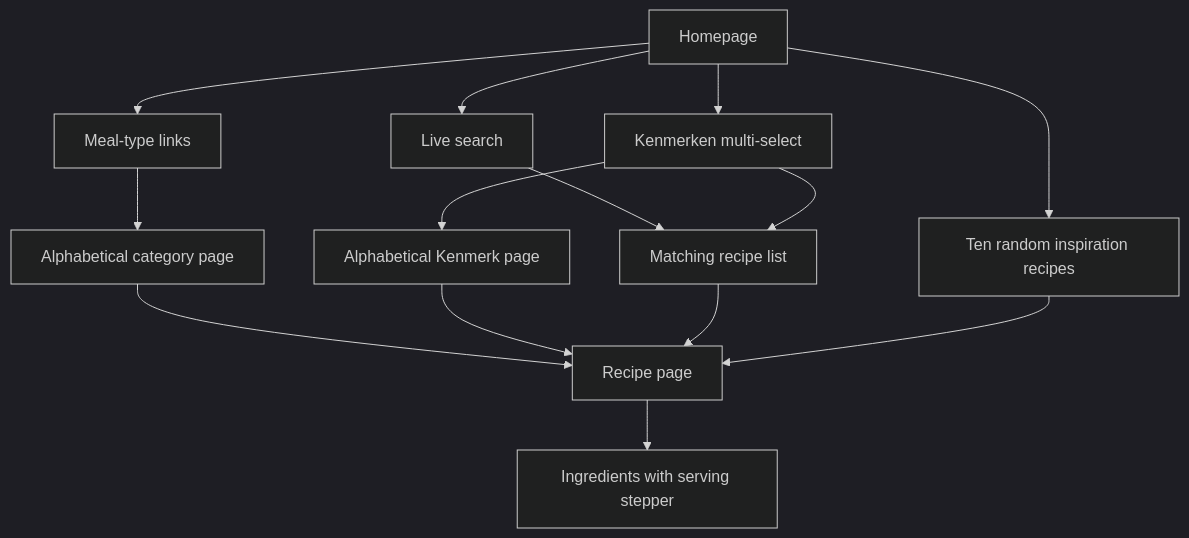
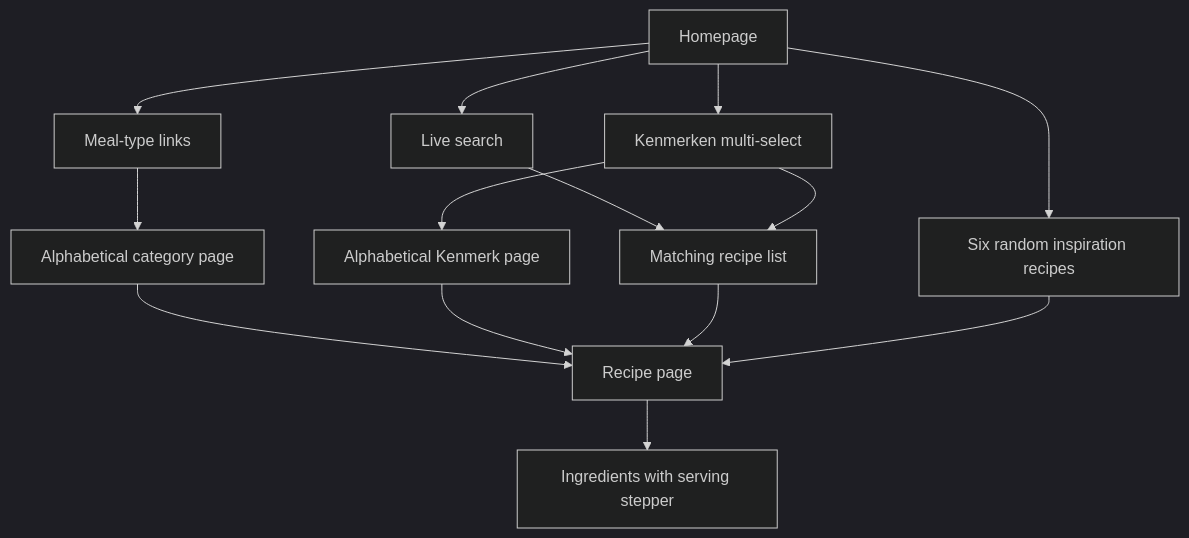
One commit to bgeijtenbeek/site-recepten changed the first of 4 diagrams in docs/plans/2026-08-28-2302-feat-family-recipe-site-plan.md. Above: the diagram before and after it, drawn with Mermaid (dark theme). The commit also changed other lines of this file and 18 other files, not shown here.

````diff
--- a/docs/plans/2026-08-28-2302-feat-family-recipe-site-plan.md
+++ b/docs/plans/2026-08-28-2302-feat-family-recipe-site-plan.md
@@ -84,16 +84,16 @@
 ```mermaid
 flowchart TB
   H[Homepage] --> S[Live search]
   H --> M[Meal-type links]
   H --> K[Kenmerken multi-select]
-  H --> I[Ten random inspiration recipes]
+  H --> I[Six random inspiration recipes]
   S --> L[Matching recipe list]
   K --> L
   M --> C[Alphabetical category page]
   K --> T[Alphabetical Kenmerk page]
   C --> P[Recipe page]
   T --> P
   L --> P
   I --> P
   P --> V[Ingredients with serving stepper]
 ```
````
